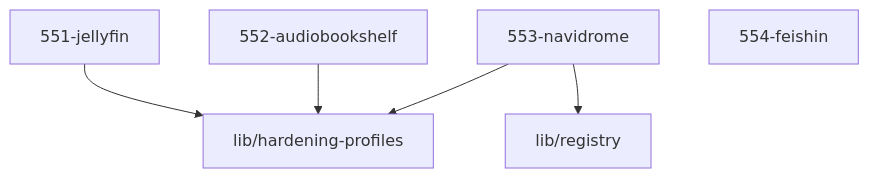
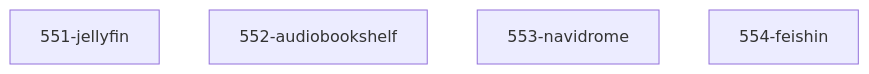
Before and after one commit to grapefruit89/mediNix-core: the diagram in 55-playback/AGENTS.md, drawn with Mermaid. The commit also changed other lines of this file and 23 other files, not shown here.

````diff
--- a/55-playback/AGENTS.md
+++ b/55-playback/AGENTS.md
@@ -26,8 +24,7 @@
 ```mermaid
 graph TD
-  551_jellyfin["551-jellyfin"] --> hardening_profiles["lib/hardening-profiles"]
-  552_audiobookshelf["552-audiobookshelf"] --> hardening_profiles["lib/hardening-profiles"]
-  553_navidrome["553-navidrome"] --> hardening_profiles["lib/hardening-profiles"]
-  553_navidrome["553-navidrome"] --> registry["lib/registry"]
+  551_jellyfin["551-jellyfin"]
+  552_audiobookshelf["552-audiobookshelf"]
+  553_navidrome["553-navidrome"]
   554_feishin["554-feishin"]
 ```
````
